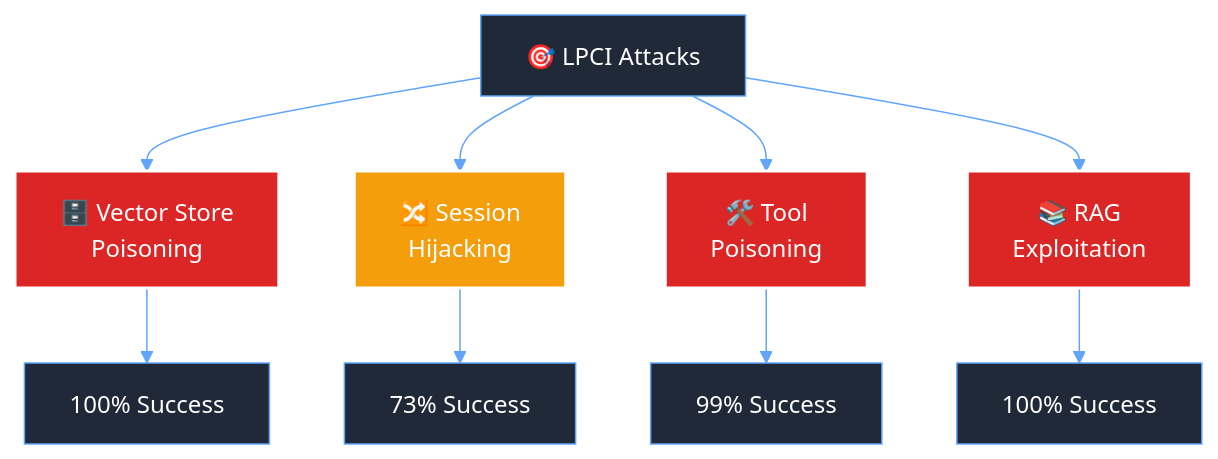
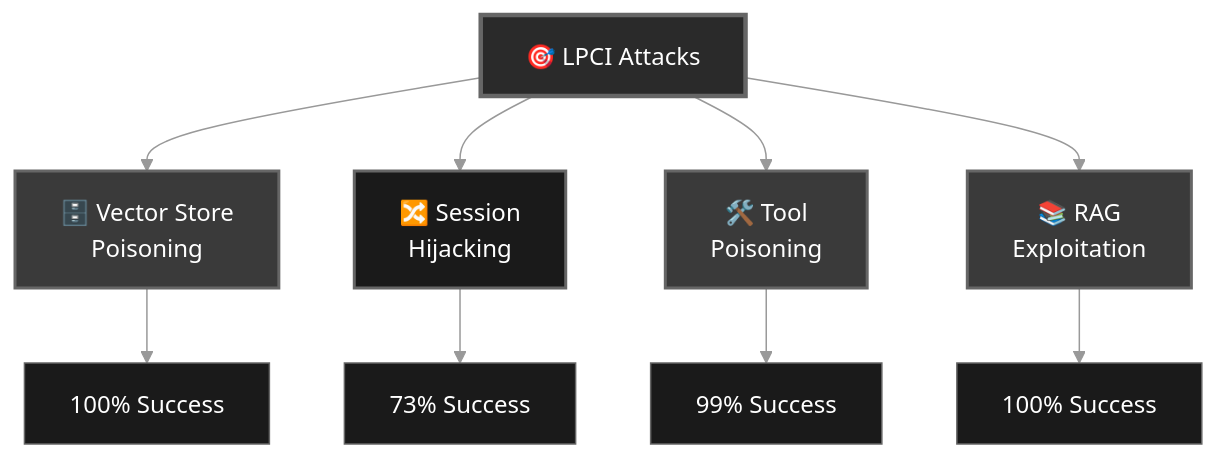
The third of 5 diagrams in lpci_output/lpci_test_report_20250715_220148.md (mbhatt1/agentic_lpci_framework), drawn with Mermaid before and after one commit. The commit also changed other lines of this file and 3 other files, not shown here.

````diff
--- a/lpci_output/lpci_test_report_20250715_220148.md
+++ b/lpci_output/lpci_test_report_20250715_220148.md
@@ -214,26 +214,39 @@
 ```mermaid
 %%{init: {
   'theme': 'base',
   'themeVariables': {
-    'primaryColor': '#1f2937',
-    'primaryTextColor': '#fff',
-    'primaryBorderColor': '#60a5fa',
-    'lineColor': '#60a5fa'
+    'primaryColor': '#000000',
+    'primaryTextColor': '#ffffff',
+    'primaryBorderColor': '#666666',
+    'lineColor': '#999999',
+    'background': '#000000',
+    'mainBkg': '#1a1a1a',
+    'secondBkg': '#2a2a2a',
+    'tertiaryBkg': '#3a3a3a',
+    'clusterBkg': '#1a1a1a',
+    'clusterBorder': '#666666',
+    'labelBackground': '#000000',
+    'textColor': '#ffffff',
+    'nodeBkg': '#1a1a1a',
+    'nodeTextColor': '#ffffff',
+    'edgeLabelBackground': '#1a1a1a',
+    'edgeColor': '#666666'
   }
 }}%%
 graph TD
     A[🎯 LPCI Attacks] --> B[🗄️ Vector Store<br/>Poisoning]
     A --> C[🔀 Session<br/>Hijacking]
     A --> D[🛠️ Tool<br/>Poisoning]
     A --> E[📚 RAG<br/>Exploitation]
     
     B --> B1[100% Success]
     C --> C1[73% Success]
     D --> D1[99% Success]
     E --> E1[100% Success]
     
-    style B fill:#dc2626,stroke:#fff,stroke-width:2px,color:#fff
-    style C fill:#f59e0b,stroke:#fff,stroke-width:2px,color:#fff
-    style D fill:#dc2626,stroke:#fff,stroke-width:2px,color:#fff
-    style E fill:#dc2626,stroke:#fff,stroke-width:2px,color:#fff
+    style A fill:#2a2a2a,stroke:#666666,stroke-width:3px,color:#ffffff
+    style B fill:#3a3a3a,stroke:#666666,stroke-width:2px,color:#ffffff
+    style C fill:#1a1a1a,stroke:#666666,stroke-width:2px,color:#ffffff
+    style D fill:#3a3a3a,stroke:#666666,stroke-width:2px,color:#ffffff
+    style E fill:#3a3a3a,stroke:#666666,stroke-width:2px,color:#ffffff
 ```
````
